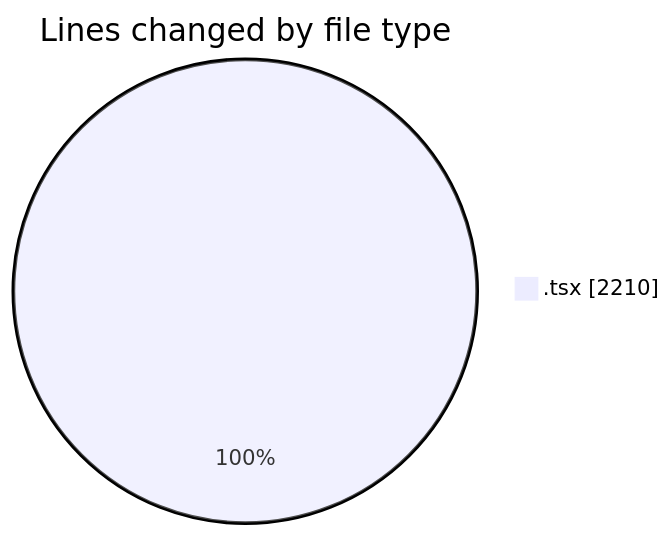
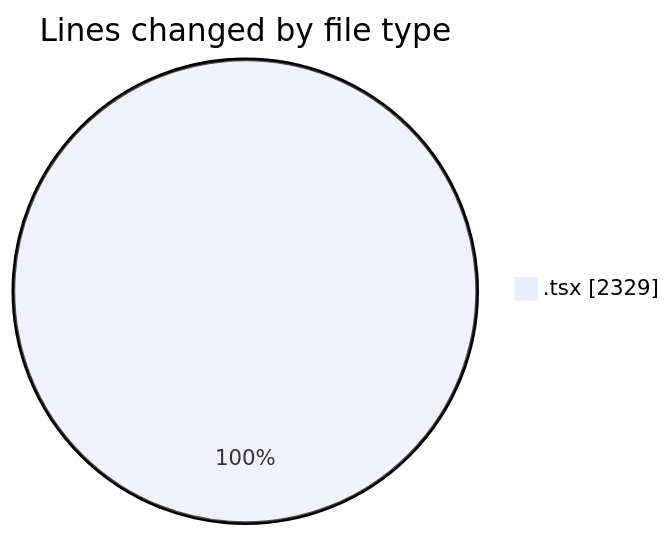
Before and after one commit to nxtqubesakshisongat/code-tracking: the first of 2 diagrams in 2026-06-08/nxtqube_webapp/README.md, drawn with Mermaid. The commit also changed other lines of this file and 1 other file, not shown here.

````diff
--- a/2026-06-08/nxtqube_webapp/README.md
+++ b/2026-06-08/nxtqube_webapp/README.md
@@ -21,5 +22,5 @@
 ```mermaid
 pie showData
 title Lines changed by file type
-".tsx" : 2210
+".tsx" : 2329
 ```
````
